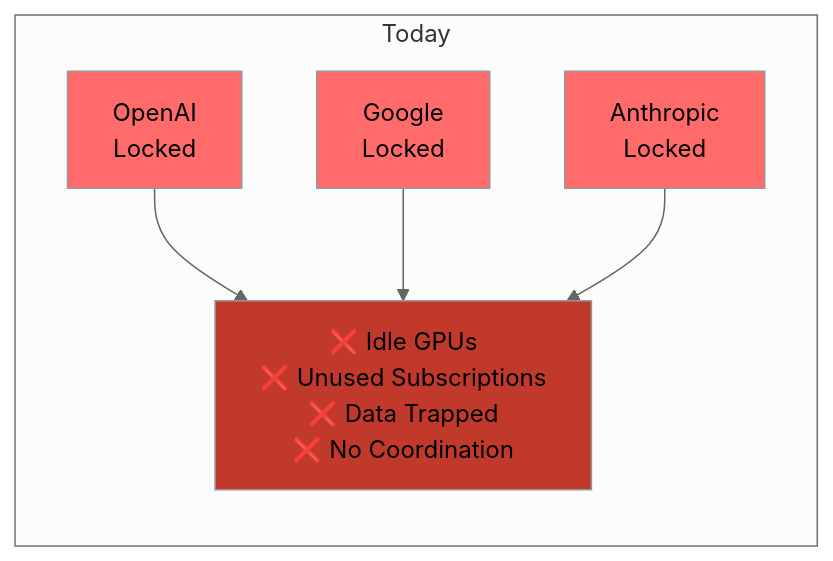
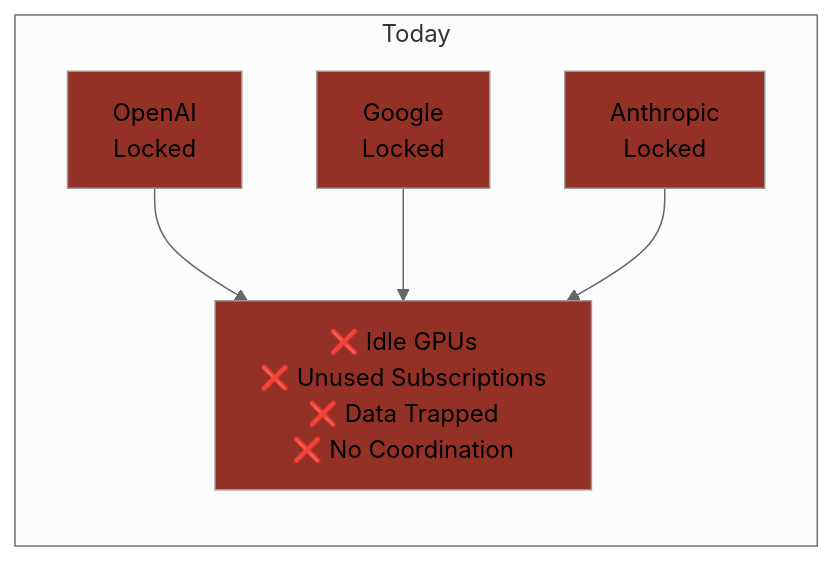
One commit to CipherOcto/cipherocto changed the first of 9 diagrams in docs/01-foundation/litepaper.md. Above: the diagram before and after it, drawn with Mermaid (neutral theme). The commit also changed other lines of this file and 13 other files, not shown here.

First line of the commit message:
Improve Mermaid diagram accessibility: Fix color contrast

````diff
--- a/docs/01-foundation/litepaper.md
+++ b/docs/01-foundation/litepaper.md
@@ -23,18 +23,18 @@
 ```mermaid
 graph LR
     subgraph FRAGMENTED["Today"]
         O[OpenAI<br/>Locked]
         G[Google<br/>Locked]
         A[Anthropic<br/>Locked]
         X[❌ Idle GPUs<br/>❌ Unused Subscriptions<br/>❌ Data Trapped<br/>❌ No Coordination]
     end
 
     O --> X
     G --> X
     A --> X
 
-    style O fill:#ff6b6b
-    style G fill:#ff6b6b
-    style A fill:#ff6b6b
-    style X fill:#c0392b
+    style O fill:#943126
+    style G fill:#943126
+    style A fill:#943126
+    style X fill:#943126
 ```
````
